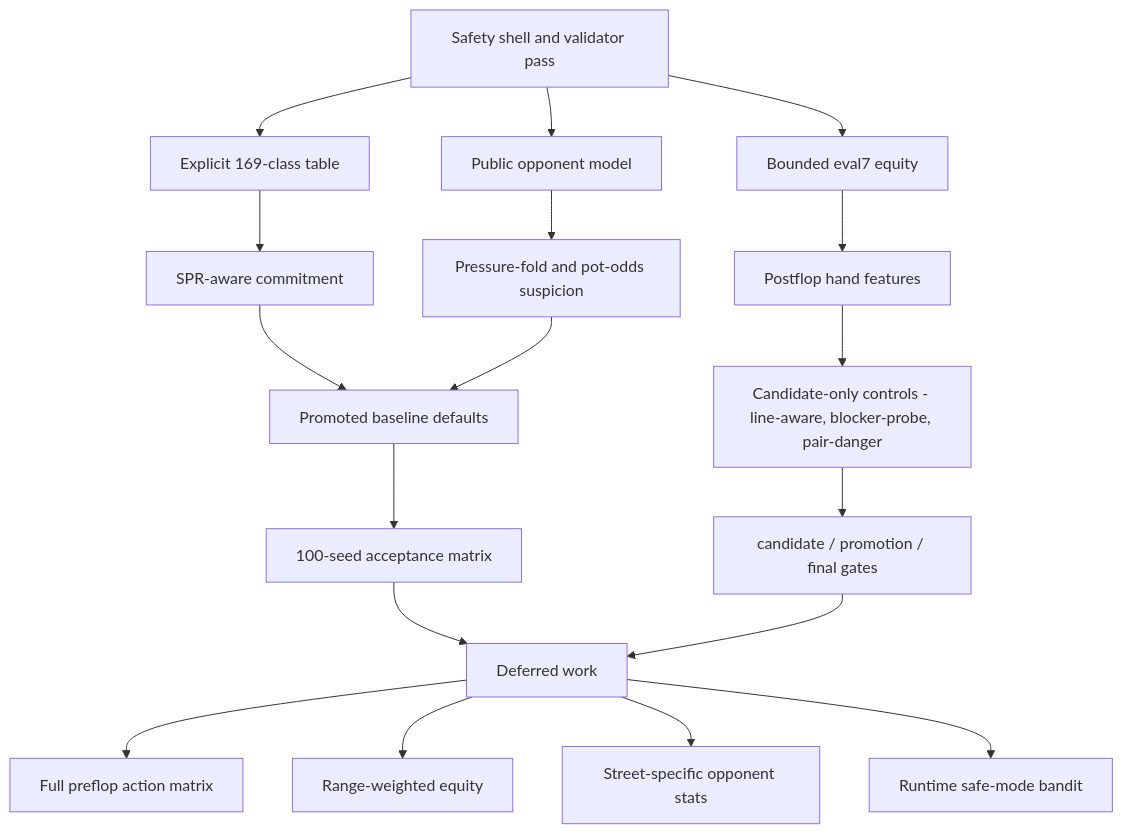
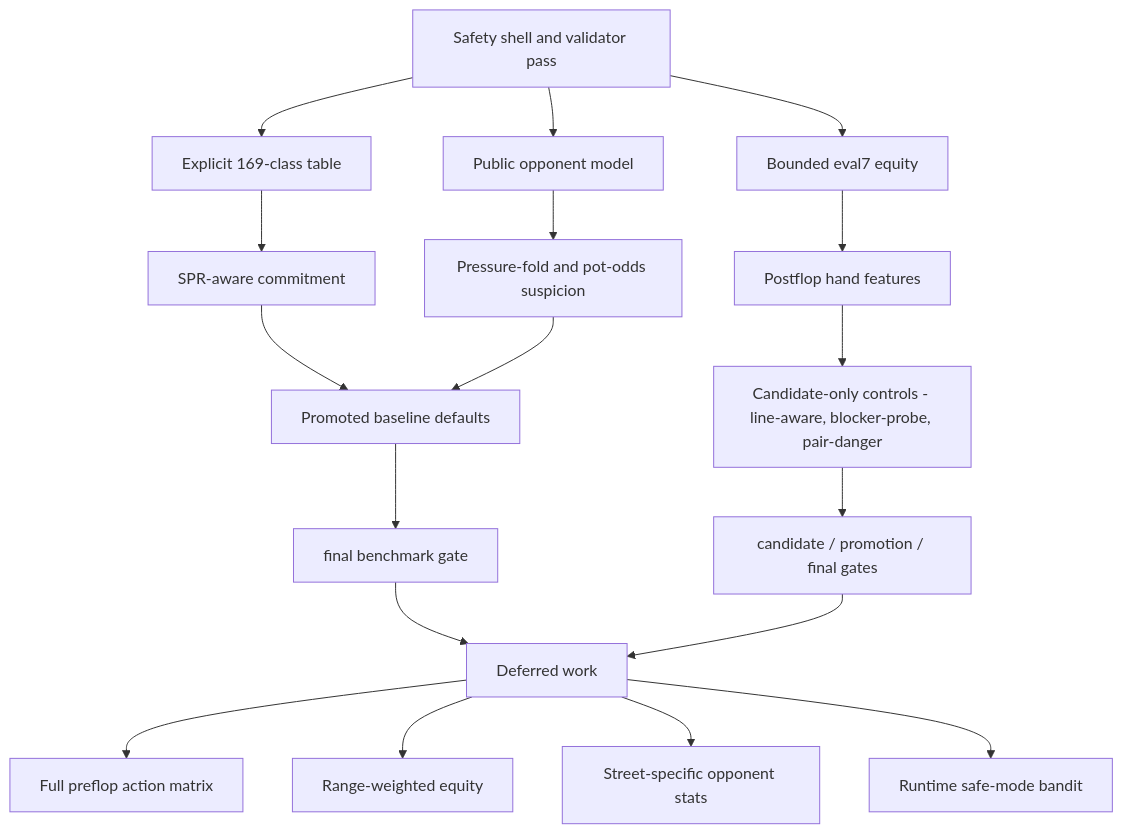
Before and after one commit to kosunghun317/fullhouse-engine: the diagram in docs/heuristic-improvement-backlog.md, drawn with Mermaid. The commit also changed other lines of this file and 18 other files, not shown here.

````diff
--- a/docs/heuristic-improvement-backlog.md
+++ b/docs/heuristic-improvement-backlog.md
@@ -40,20 +40,20 @@
 ```mermaid
 graph TD
     Safety["Safety shell and validator pass"] --> Preflop["Explicit 169-class table"]
     Safety --> Equity["Bounded eval7 equity"]
     Safety --> Opponent["Public opponent model"]
     Preflop --> SPR["SPR-aware commitment"]
     Equity --> HandFeatures["Postflop hand features"]
     Opponent --> Pressure["Pressure-fold and pot-odds suspicion"]
     SPR --> Promoted["Promoted baseline defaults"]
     Pressure --> Promoted
     HandFeatures --> Candidate["Candidate-only controls - line-aware, blocker-probe, pair-danger"]
-    Promoted --> Benchmarks["100-seed acceptance matrix"]
+    Promoted --> Benchmarks["final benchmark gate"]
     Candidate --> Gate["candidate / promotion / final gates"]
     Benchmarks --> Backlog["Deferred work"]
     Gate --> Backlog
     Backlog --> PreflopMatrix["Full preflop action matrix"]
     Backlog --> RangeEquity["Range-weighted equity"]
     Backlog --> StreetStats["Street-specific opponent stats"]
     Backlog --> RuntimeBandit["Runtime safe-mode bandit"]
 ```
````
